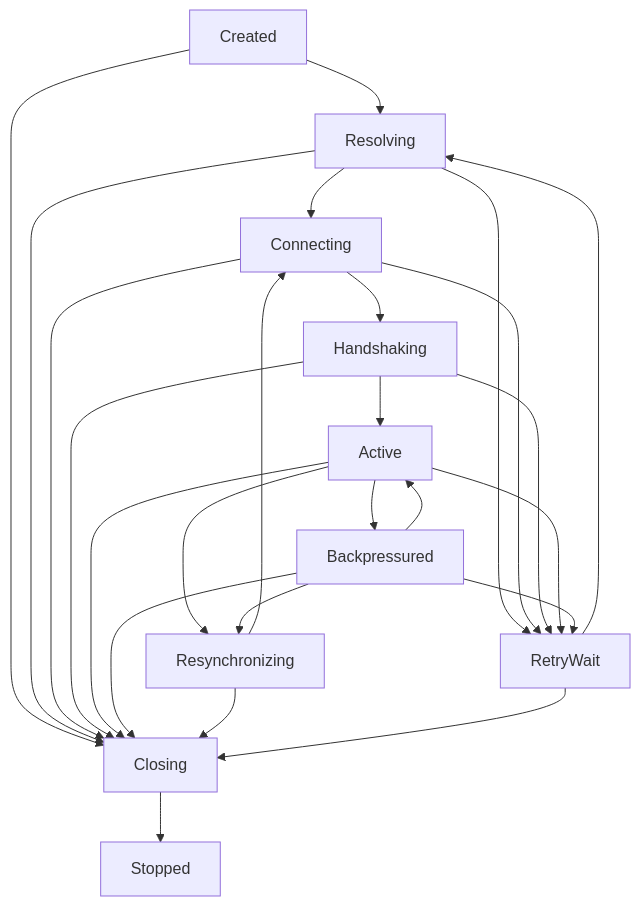
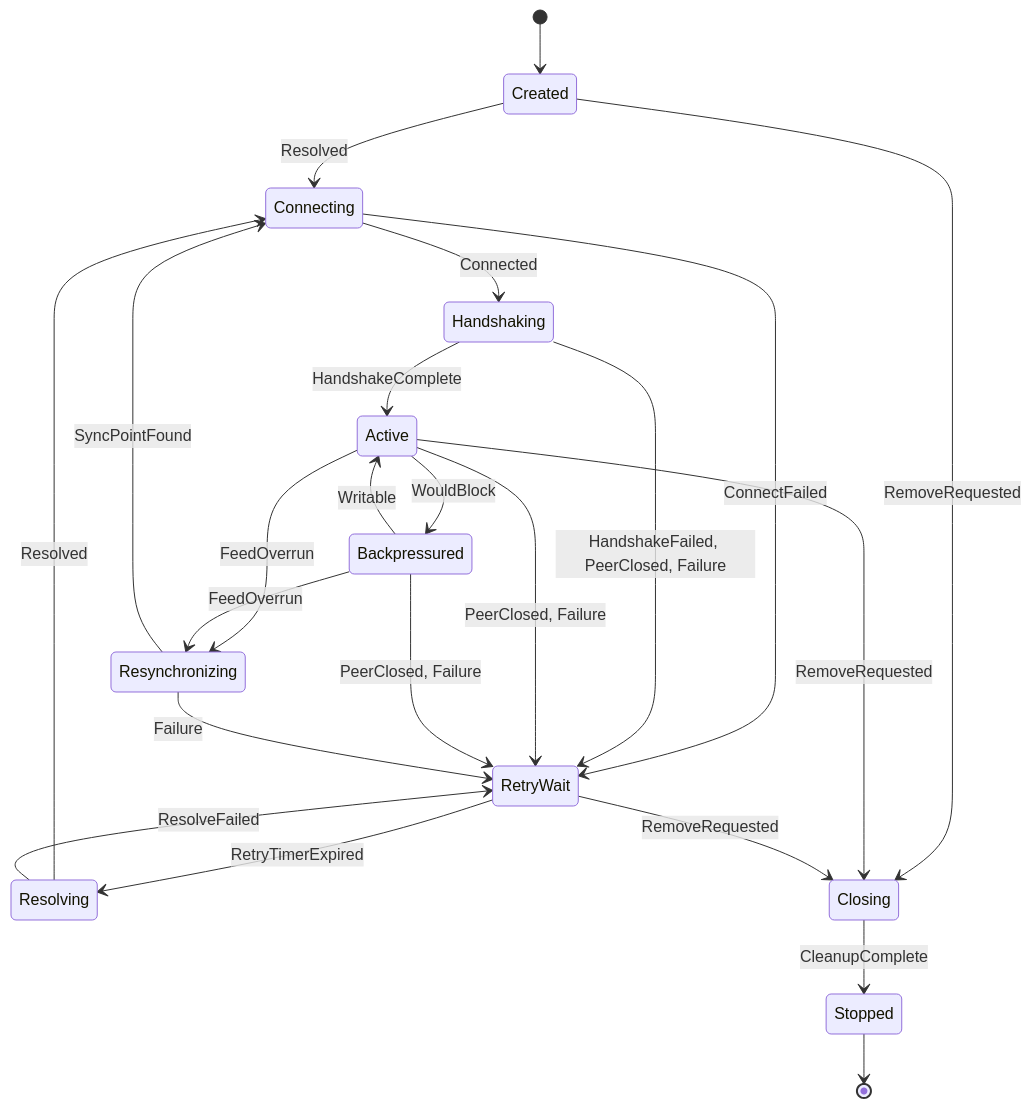
One commit to krsna1729/restream changed the fifth of 6 diagrams in docs/egress-architecture.md. Above: the diagram before and after it, drawn with Mermaid. The commit also changed other lines of this file and 26 other files, not shown here.

First line of the commit message:
docs: rewrite every page against current source, with diagrams (#372)

````diff
--- a/docs/egress-architecture.md
+++ b/docs/egress-architecture.md
@@ -712,27 +247,25 @@
 ```mermaid
-flowchart TD
-    Created --> Resolving
-    Resolving --> Connecting
-    Connecting --> Handshaking
-    Handshaking --> Active
-    Active --> Backpressured
-    Backpressured --> Active
-    Active --> Resynchronizing
-    Backpressured --> Resynchronizing
-    Resynchronizing --> Connecting
-    Resolving --> RetryWait
-    Connecting --> RetryWait
-    Handshaking --> RetryWait
-    Active --> RetryWait
-    Backpressured --> RetryWait
-    RetryWait --> Resolving
-    Created --> Closing
-    Resolving --> Closing
-    Connecting --> Closing
-    Handshaking --> Closing
-    Active --> Closing
-    Backpressured --> Closing
-    Resynchronizing --> Closing
-    RetryWait --> Closing
-    Closing --> Stopped
+stateDiagram-v2
+    [*] --> Created
+    Created --> Connecting: Resolved
+    Resolving --> Connecting: Resolved
+    Resolving --> RetryWait: ResolveFailed
+    Connecting --> Handshaking: Connected
+    Connecting --> RetryWait: ConnectFailed
+    Handshaking --> Active: HandshakeComplete
+    Handshaking --> RetryWait: HandshakeFailed, PeerClosed, Failure
+    Active --> Backpressured: WouldBlock
+    Backpressured --> Active: Writable
+    Active --> Resynchronizing: FeedOverrun
+    Backpressured --> Resynchronizing: FeedOverrun
+    Active --> RetryWait: PeerClosed, Failure
+    Backpressured --> RetryWait: PeerClosed, Failure
+    Resynchronizing --> Connecting: SyncPointFound
+    Resynchronizing --> RetryWait: Failure
+    RetryWait --> Resolving: RetryTimerExpired
+    Created --> Closing: RemoveRequested
+    Active --> Closing: RemoveRequested
+    RetryWait --> Closing: RemoveRequested
+    Closing --> Stopped: CleanupComplete
+    Stopped --> [*]
 ```
````
